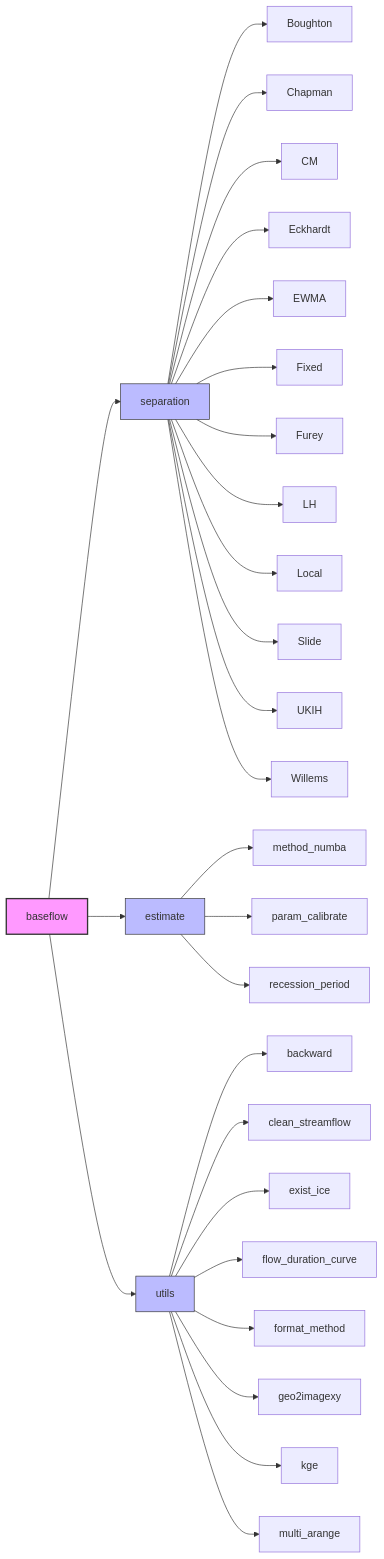
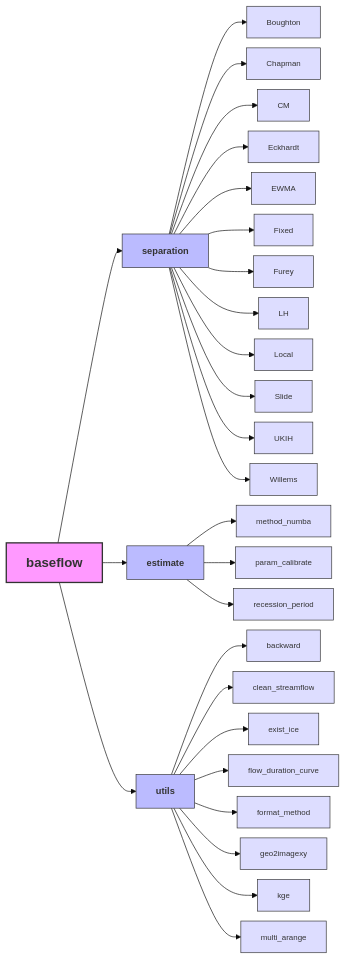
The diagram in docs/index.md (BYU-Hydroinformatics/baseflow), drawn with Mermaid before and after one commit.

Commit message:
update the diagram

````diff
--- a/docs/index.md
+++ b/docs/index.md
@@ -47,39 +47,60 @@
 ```mermaid
+%%{init: {
+  'theme': 'base', 
+  'themeVariables': { 
+    'fontSize': '16px', 
+    'fontFamily': 'Arial'
+  },
+  'flowchart': {
+    'nodeSpacing': 15,
+    'rankSpacing': 30,
+    'curve': 'basis'
+  }
+}}%%
 graph LR
-    style A fill:#f9f,stroke:#333,stroke-width:2px;
-    style B fill:#bbf,stroke:#333,stroke-width:1px;
-    style C fill:#bbf,stroke:#333,stroke-width:1px;
-    style D fill:#bbf,stroke:#333,stroke-width:1px;
+    %% Define styles
+    classDef default fill:#f9f,stroke:#333,stroke-width:2px;
+    classDef secondLevel fill:#bbf,stroke:#333,stroke-width:1px,font-size:14px;
+    classDef thirdLevel fill:#ddf,stroke:#333,stroke-width:1px,font-size:12px;
 
+    A[baseflow]:::default
+    B[separation]:::secondLevel
+    C[estimate]:::secondLevel
+    D[utils]:::secondLevel
 
-    A[baseflow] --> B[separation]
-    A --> C[estimate]
-    A --> D[utils]
+    A --> B
+    A --> C
+    A --> D
 
+    B --> B1[Boughton]:::thirdLevel
+    B --> B2[Chapman]:::thirdLevel
+    B --> B3[CM]:::thirdLevel
+    B --> B4[Eckhardt]:::thirdLevel
+    B --> B5[EWMA]:::thirdLevel
+    B --> B6[Fixed]:::thirdLevel
+    B --> B7[Furey]:::thirdLevel
+    B --> B8[LH]:::thirdLevel
+    B --> B9[Local]:::thirdLevel
+    B --> B10[Slide]:::thirdLevel
+    B --> B11[UKIH]:::thirdLevel
+    B --> B12[Willems]:::thirdLevel
+    
+    C --> C1[method_numba]:::thirdLevel
+    C --> C2[param_calibrate]:::thirdLevel
+    C --> C3[recession_period]:::thirdLevel
 
-    B --> B1[Boughton]
-    B --> B2[Chapman]
-    B --> B3[CM]
-    B --> B4[Eckhardt]
-    B --> B5[EWMA]
-    B --> B6[Fixed]
-    B --> B7[Furey]
-    B --> B8[LH]
-    B --> B9[Local]
-    B --> B10[Slide]
-    B --> B11[UKIH]
-    B --> B12[Willems]
-    
-    C --> C1[method_numba]
-    C --> C2[param_calibrate]
-    C --> C3[recession_period]
+    D --> D1[backward]:::thirdLevel
+    D --> D2[clean_streamflow]:::thirdLevel
+    D --> D3[exist_ice]:::thirdLevel
+    D --> D4[flow_duration_curve]:::thirdLevel
+    D --> D5[format_method]:::thirdLevel
+    D --> D6[geo2imagexy]:::thirdLevel
+    D --> D7[kge]:::thirdLevel
+    D --> D8[multi_arange]:::thirdLevel
 
-    D --> D1[backward]
-    D --> D2[clean_streamflow]
-    D --> D3[exist_ice]
-    D --> D4[flow_duration_curve]
-    D --> D5[format_method]
-    D --> D6[geo2imagexy]
-    D --> D7[kge]
-    D --> D8[multi_arange]
+    %% Custom styles for specific nodes
+    style A font-size:20px,font-weight:bold
+    style B font-weight:bold
+    style C font-weight:bold
+    style D font-weight:bold
 ```
````
